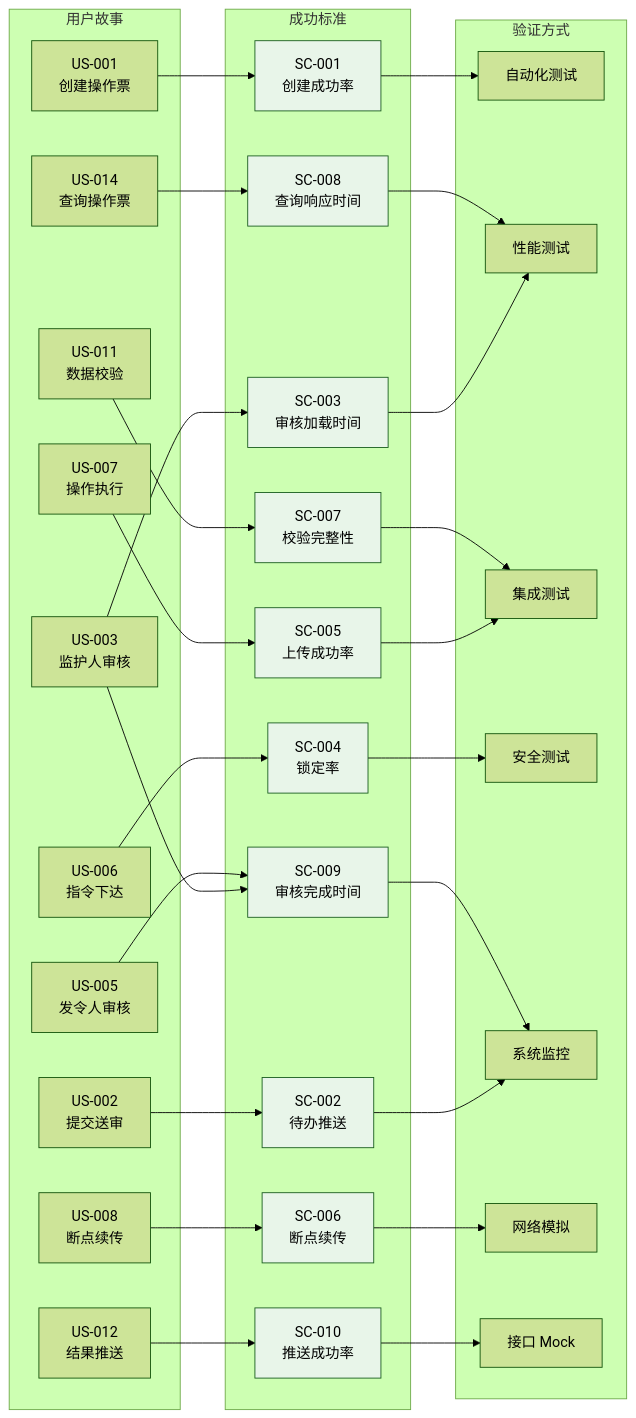
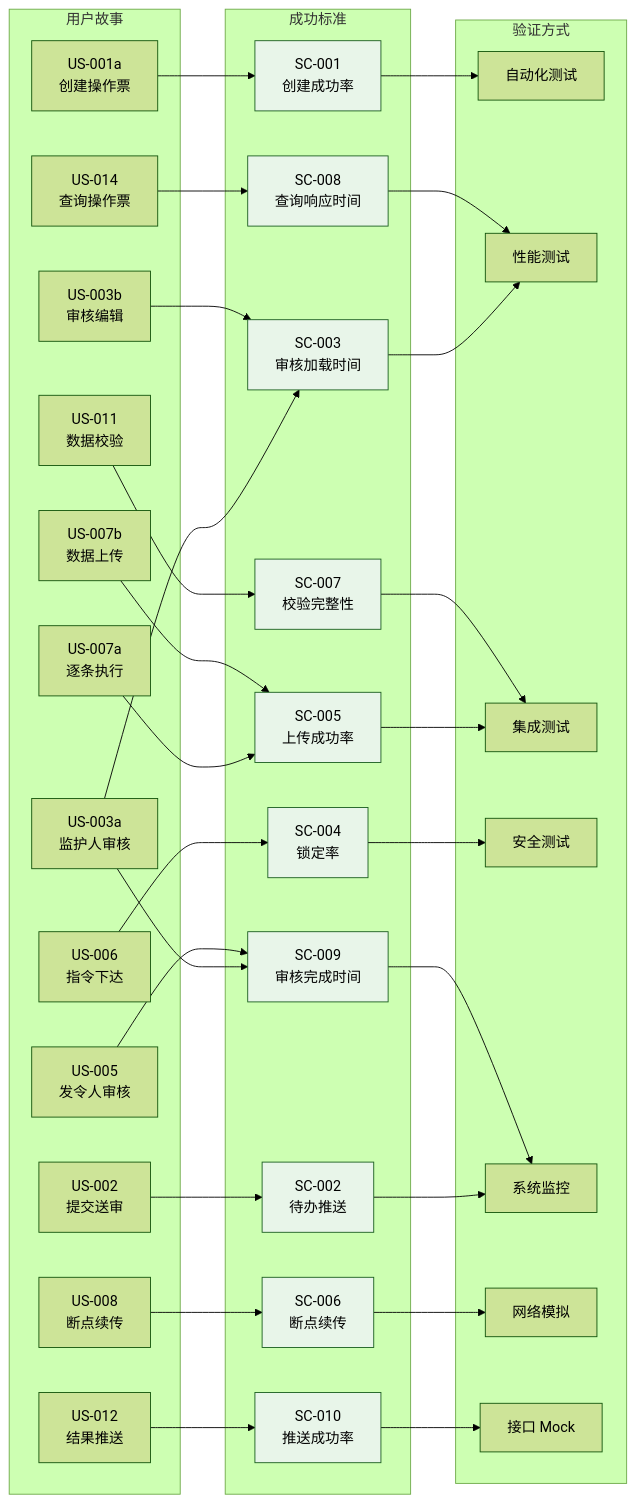
The seventh of 8 diagrams in .kiro/specs/operation-ticket-system/requirements.md (Melody-YK/operation-ticket-system), drawn with Mermaid (forest theme) before and after one commit. The commit also changed other lines of this file, not shown here.

````diff
--- a/.kiro/specs/operation-ticket-system/requirements.md
+++ b/.kiro/specs/operation-ticket-system/requirements.md
@@ -1367,72 +1537,76 @@
 ```mermaid
 graph LR
     subgraph Requirements["用户故事"]
-        US001[US-001<br/>创建操作票]
+        US001a[US-001a<br/>创建操作票]
         US002[US-002<br/>提交送审]
-        US003[US-003<br/>监护人审核]
+        US003a[US-003a<br/>监护人审核]
+        US003b[US-003b<br/>审核编辑]
         US005[US-005<br/>发令人审核]
         US006[US-006<br/>指令下达]
-        US007[US-007<br/>操作执行]
+        US007a[US-007a<br/>逐条执行]
+        US007b[US-007b<br/>数据上传]
         US008[US-008<br/>断点续传]
         US011[US-011<br/>数据校验]
         US012[US-012<br/>结果推送]
         US014[US-014<br/>查询操作票]
     end
 
     subgraph SuccessCriteria["成功标准"]
         SC1[SC-001<br/>创建成功率]
         SC2[SC-002<br/>待办推送]
         SC3[SC-003<br/>审核加载时间]
         SC4[SC-004<br/>锁定率]
         SC5[SC-005<br/>上传成功率]
         SC6[SC-006<br/>断点续传]
         SC7[SC-007<br/>校验完整性]
         SC8[SC-008<br/>查询响应时间]
         SC9[SC-009<br/>审核完成时间]
         SC10[SC-010<br/>推送成功率]
     end
 
     subgraph Verification["验证方式"]
         AT[自动化测试]
         PT[性能测试]
         IT[集成测试]
         ST[安全测试]
         MON[系统监控]
         SIM[网络模拟]
         MOCK[接口 Mock]
     end
 
-    US001 --> SC1
+    US001a --> SC1
     US002 --> SC2
-    US003 --> SC3
-    US003 --> SC9
+    US003a --> SC3
+    US003b --> SC3
+    US003a --> SC9
     US005 --> SC9
     US006 --> SC4
-    US007 --> SC5
+    US007a --> SC5
+    US007b --> SC5
     US008 --> SC6
     US011 --> SC7
     US012 --> SC10
     US014 --> SC8
 
     SC1 --> AT
     SC2 --> MON
     SC3 --> PT
     SC4 --> ST
     SC5 --> IT
     SC6 --> SIM
     SC7 --> IT
     SC8 --> PT
     SC9 --> MON
     SC10 --> MOCK
 
     style SC1 fill:#e8f5e9,stroke:#1b5e20
     style SC2 fill:#e8f5e9,stroke:#1b5e20
     style SC3 fill:#e8f5e9,stroke:#1b5e20
     style SC4 fill:#e8f5e9,stroke:#1b5e20
     style SC5 fill:#e8f5e9,stroke:#1b5e20
     style SC6 fill:#e8f5e9,stroke:#1b5e20
     style SC7 fill:#e8f5e9,stroke:#1b5e20
     style SC8 fill:#e8f5e9,stroke:#1b5e20
     style SC9 fill:#e8f5e9,stroke:#1b5e20
     style SC10 fill:#e8f5e9,stroke:#1b5e20
 ```
````
